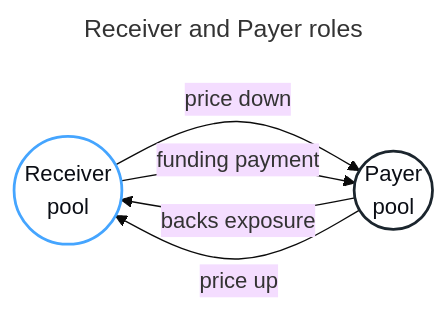
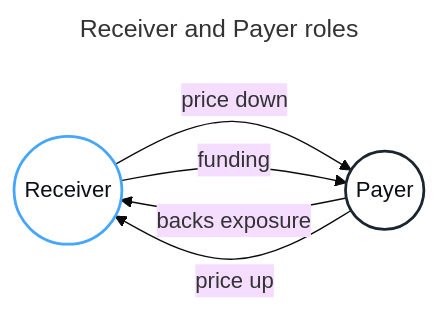
Before and after one commit to Null-Solutions/v1-docs: the diagram in diagrams/receiver-payer-flow.mmd, drawn with Mermaid (base theme). The commit also changed 12 other files, not shown here.

Commit message:
Fix docs diagram text rendering

```diff
--- a/diagrams/receiver-payer-flow.mmd
+++ b/diagrams/receiver-payer-flow.mmd
@@ -1,16 +1,16 @@
 ---
 title: Receiver and Payer roles
 ---
 flowchart LR
-  receiver(("Receiver<br/>pool"))
-  payer(("Payer<br/>pool"))
+  receiver(("Receiver"))
+  payer(("Payer"))
 
   payer -- "backs exposure" --> receiver
   payer -- "price up" --> receiver
   receiver -- "price down" --> payer
-  receiver -- "funding payment" --> payer
+  receiver -- "funding" --> payer
 
   classDef receiver fill:#FFFFFF,color:#0B0E15,stroke:#45A5FF,stroke-width:2px;
   classDef payer fill:#FFFFFF,color:#0B0E15,stroke:#1B252D,stroke-width:2px;
   class receiver receiver;
   class payer payer;
```
